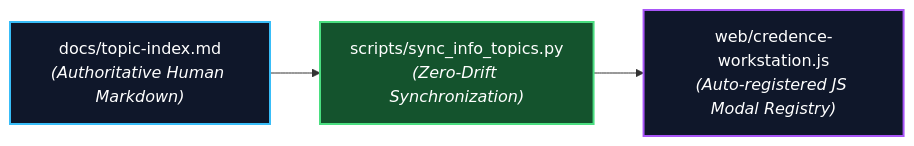
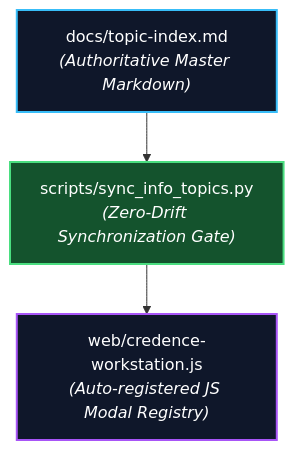
One commit to artibyrd/credence-docs changed the second of 2 diagrams in blog/the-four-way-parity-quest.md. Above: the diagram before and after it, drawn with Mermaid. The commit also changed 10 other files, not shown here.

Commit message:
feat(ui): add interactive diagram pan-zoom controls, fullscreen lightbox, and optimize typography

````diff
--- a/blog/the-four-way-parity-quest.md
+++ b/blog/the-four-way-parity-quest.md
@@ -85,10 +85,10 @@
 ```mermaid
-flowchart LR
-    TopicDoc["docs/topic-index.md<br/><i>(Authoritative Human Markdown)</i>"] 
-    --> SyncScript["scripts/sync_info_topics.py<br/><i>(Zero-Drift Synchronization)</i>"]
+flowchart TD
+    TopicDoc["docs/topic-index.md<br/><i>(Authoritative Master Markdown)</i>"] 
+    --> SyncScript["scripts/sync_info_topics.py<br/><i>(Zero-Drift Synchronization Gate)</i>"]
     --> WebRegistry["web/credence-workstation.js<br/><i>(Auto-registered JS Modal Registry)</i>"]
 
     style TopicDoc fill:#0f172a,stroke:#38bdf8,stroke-width:2px,color:#fff
     style SyncScript fill:#14532d,stroke:#4ade80,stroke-width:2px,color:#fff
     style WebRegistry fill:#0f172a,stroke:#a855f7,stroke-width:2px,color:#fff
 ```
````
